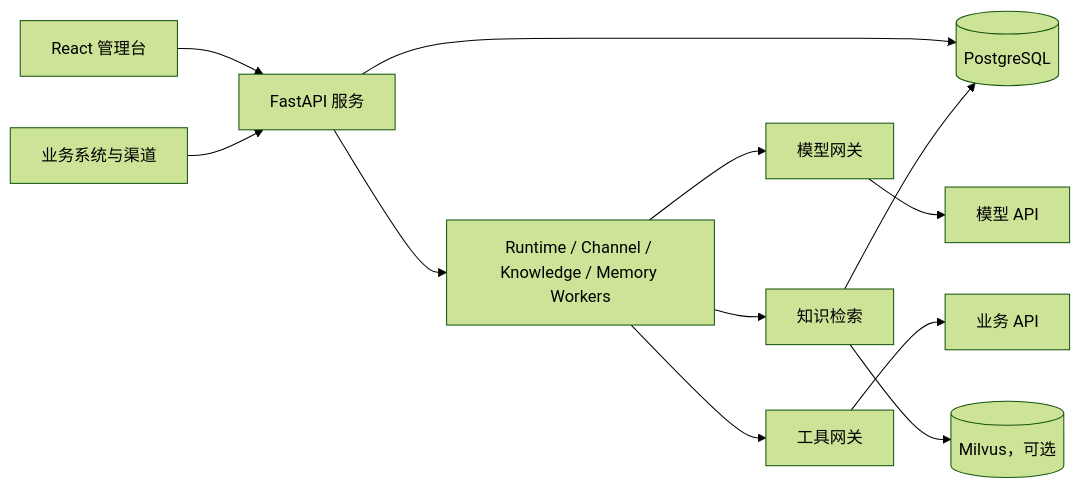
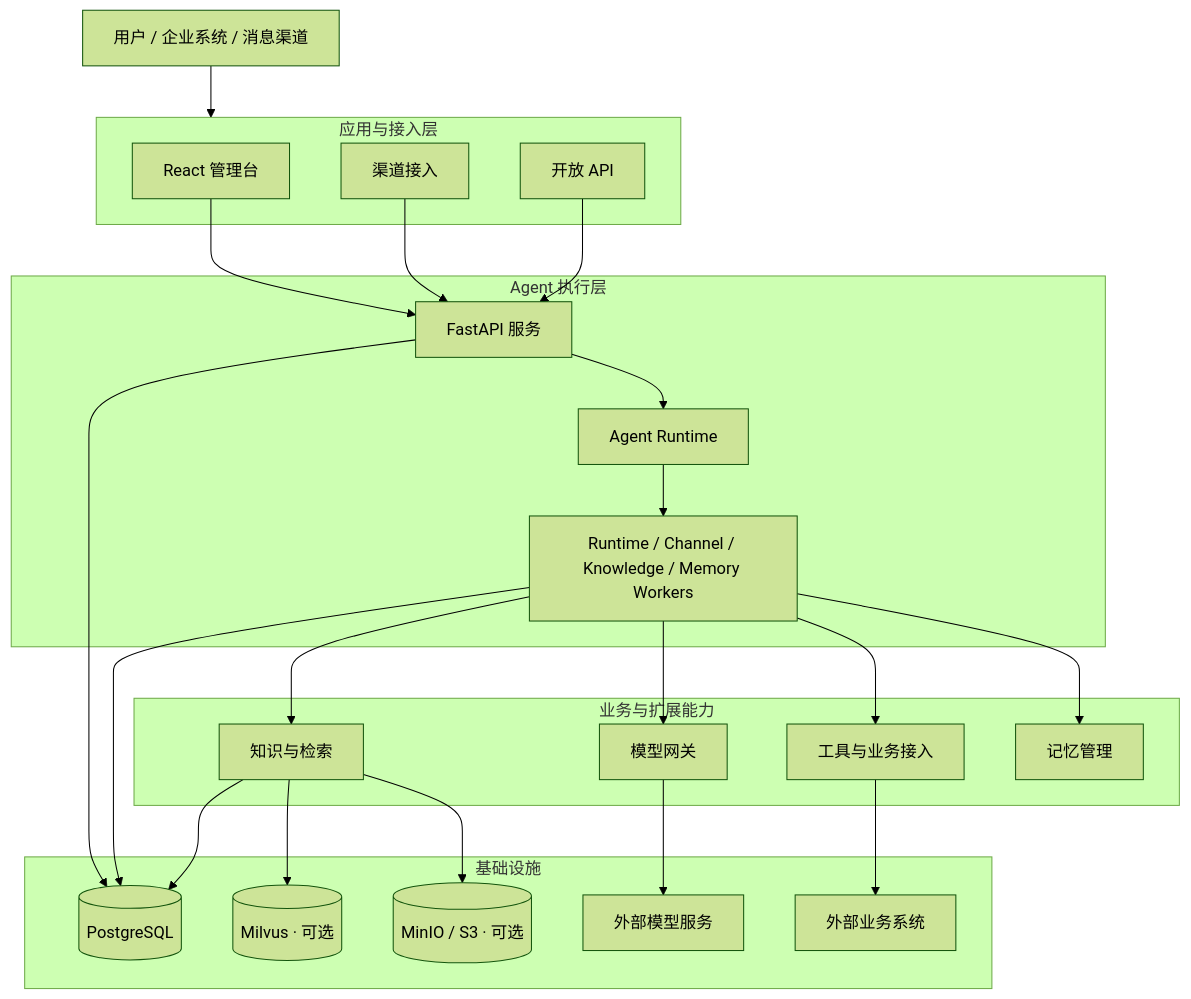
The diagram in README.zh-CN.md (GroundedCoreAI/nexusdesk), drawn with Mermaid (forest theme) before and after one commit. The commit also changed other lines of this file and 3 other files, not shown here.

First line of the commit message:
docs(repo): --no-issue 重写 README 并补充中英产品模块架构图

````diff
--- a/README.zh-CN.md
+++ b/README.zh-CN.md
@@ -140,14 +167,51 @@
 ```mermaid
-flowchart LR
-    Console[React 管理台] --> API[FastAPI 服务]
-    Channels[业务系统与渠道] --> API
-    API --> PG[(PostgreSQL)]
-    API --> Workers[Runtime / Channel / Knowledge / Memory Workers]
-    Workers --> Gateway[模型网关]
-    Workers --> Tools[工具网关]
-    Workers --> Retrieval[知识检索]
-    Gateway --> Models[模型 API]
-    Tools --> Business[业务 API]
-    Retrieval --> PG
-    Retrieval --> Milvus[(Milvus，可选)]
+flowchart TB
+    User[用户 / 企业系统 / 消息渠道]
+
+    subgraph Application["应用与接入层"]
+        Console[React 管理台]
+        Channel[渠道接入]
+        OpenAPI[开放 API]
+    end
+
+    subgraph Runtime["Agent 执行层"]
+        API[FastAPI 服务]
+        Agent[Agent Runtime]
+        Workers[Runtime / Channel / Knowledge / Memory Workers]
+    end
+
+    subgraph Capabilities["业务与扩展能力"]
+        Gateway[模型网关]
+        Tools[工具与业务接入]
+        Knowledge[知识与检索]
+        Memory[记忆管理]
+    end
+
+    subgraph Infrastructure["基础设施"]
+        PG[(PostgreSQL)]
+        Milvus[(Milvus · 可选)]
+        S3[(MinIO / S3 · 可选)]
+        Models[外部模型服务]
+        Business[外部业务系统]
+    end
+
+    User --> Application
+    Console --> API
+    Channel --> API
+    OpenAPI --> API
+
+    API --> Agent
+    Agent --> Workers
+    Workers --> Gateway
+    Workers --> Tools
+    Workers --> Knowledge
+    Workers --> Memory
+
+    API --> PG
+    Workers --> PG
+    Knowledge --> PG
+    Knowledge --> Milvus
+    Knowledge --> S3
+    Gateway --> Models
+    Tools --> Business
 ```
````
